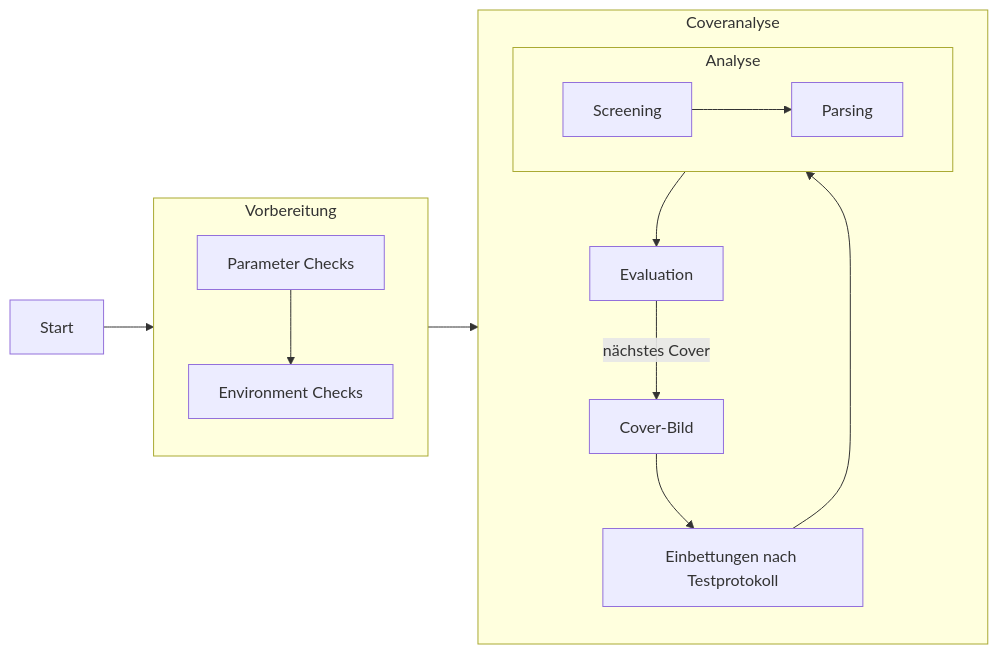
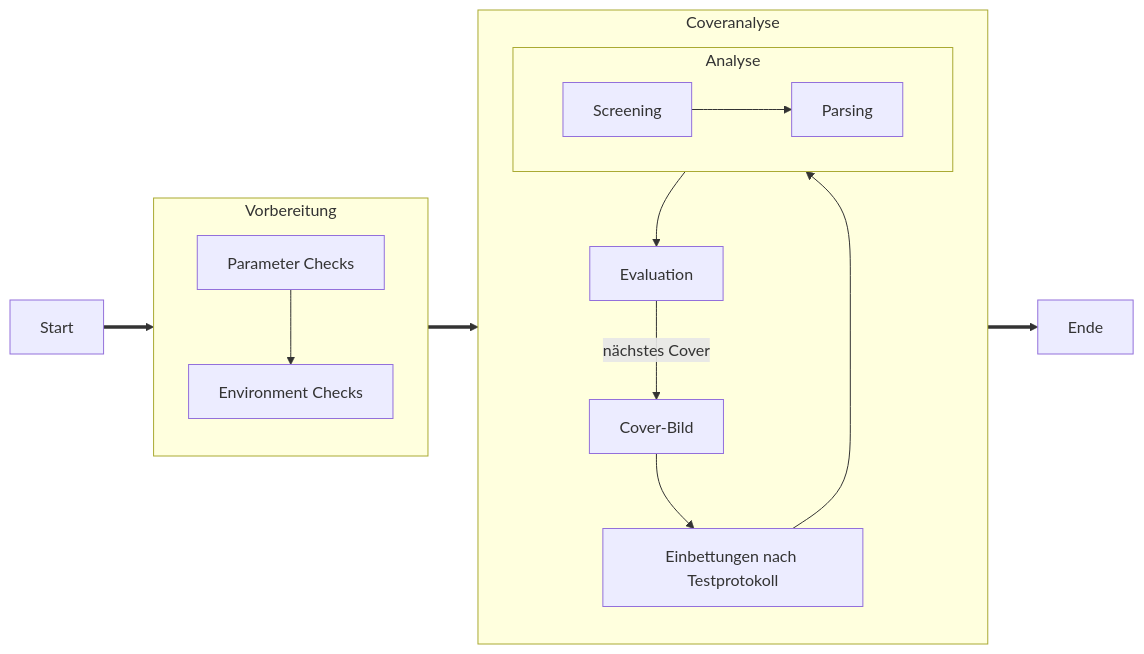
The diagram in SMKITS5/README.md (bh-8/amsl-it-security-projects), drawn with Mermaid before and after one commit. The commit also changed other lines of this file, not shown here.

````diff
--- a/SMKITS5/README.md
+++ b/SMKITS5/README.md
@@ -78,28 +78,30 @@
     ```mermaid
     flowchart LR
       start["Start"]
       subgraph Vorbereitung
         params["Parameter Checks"]
         env["Environment Checks"]
         direction TB
         params-->env
       end
       subgraph Coveranalyse
         new["Cover-Bild"]
         embed["Einbettungen nach Testprotokoll"]
         subgraph Analyse
           direction LR
           screening["Screening"]
           parsing["Parsing"]
           screening-->parsing
         end
         eval["Evaluation"]
         direction TB
         new-->embed
-        embed-->screening
-        parsing-->eval
+        embed-->Analyse
+        Analyse-->eval
         eval--nächstes Cover-->new
       end
-      start-->params
-      env-->new
+      ende["Ende"]
+      start==>Vorbereitung
+      Vorbereitung==>Coveranalyse
+      Coveranalyse==>ende
     ```
````
